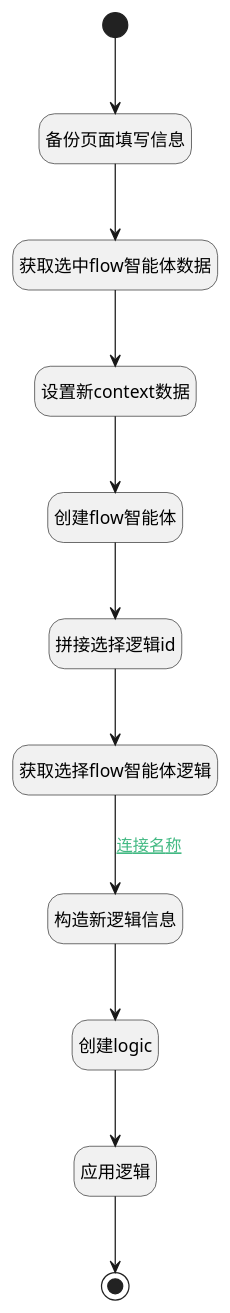
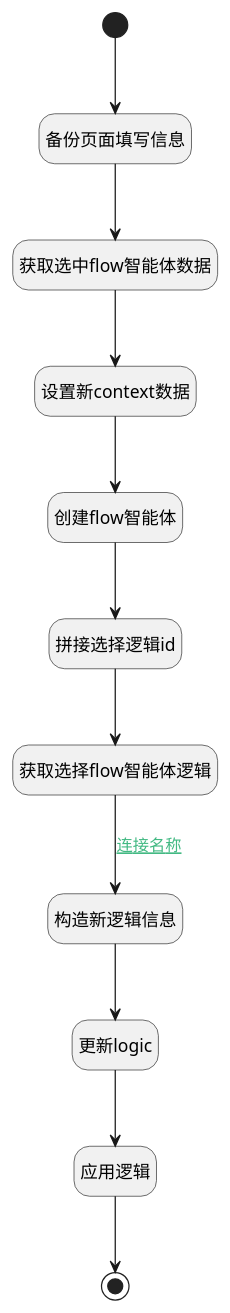
Before and after one commit to iBizLab/plm: the diagram in doc/docsify/module/ai/ai_agent_context/logic/agent_flow_clone.md, drawn with PlantUML. The commit also changed other lines of this file and 2903 other files, not shown here.

````diff
--- a/doc/docsify/module/ai/ai_agent_context/logic/agent_flow_clone.md
+++ b/doc/docsify/module/ai/ai_agent_context/logic/agent_flow_clone.md
@@ -7,37 +7,37 @@
 ```plantuml
 @startuml
 hide empty description
 <style>
 root {
   HyperlinkColor #42b983
 }
 </style>
 
 hide empty description
 state "开始" as Begin <<start>> [[$./agent_flow_clone#begin {"开始"}]]
 state "备份页面填写信息" as PREPAREPARAM_02  [[$./agent_flow_clone#prepareparam_02 {"备份页面填写信息"}]]
 state "获取选中flow智能体数据" as DEACTION_01  [[$./agent_flow_clone#deaction_01 {"获取选中flow智能体数据"}]]
 state "设置新context数据" as PREPAREPARAM_01  [[$./agent_flow_clone#prepareparam_01 {"设置新context数据"}]]
 state "创建flow智能体" as DEACTION_02  [[$./agent_flow_clone#deaction_02 {"创建flow智能体"}]]
-state "创建logic" as DEACTION_04  [[$./agent_flow_clone#deaction_04 {"创建logic"}]]
+state "更新logic" as DEACTION_04  [[$./agent_flow_clone#deaction_04 {"更新logic"}]]
 state "构造新逻辑信息" as RAWSFCODE_03  [[$./agent_flow_clone#rawsfcode_03 {"构造新逻辑信息"}]]
 state "获取选择flow智能体逻辑" as DEACTION_03  [[$./agent_flow_clone#deaction_03 {"获取选择flow智能体逻辑"}]]
 state "拼接选择逻辑id" as RAWSFCODE_01  [[$./agent_flow_clone#rawsfcode_01 {"拼接选择逻辑id"}]]
 state "应用逻辑" as DEACTION_05  [[$./agent_flow_clone#deaction_05 {"应用逻辑"}]]
 state "结束" as END_01 <<end>> [[$./agent_flow_clone#end_01 {"结束"}]]
 
 
 Begin --> PREPAREPARAM_02
 PREPAREPARAM_02 --> DEACTION_01
 DEACTION_01 --> PREPAREPARAM_01
 PREPAREPARAM_01 --> DEACTION_02
 DEACTION_02 --> RAWSFCODE_01
 RAWSFCODE_01 --> DEACTION_03
 DEACTION_03 --> RAWSFCODE_03 : [[$./agent_flow_clone#deaction_03-rawsfcode_03{连接名称} 连接名称]]
 RAWSFCODE_03 --> DEACTION_04
 DEACTION_04 --> DEACTION_05
 DEACTION_05 --> END_01
 
 
 @enduml
 ```
````
